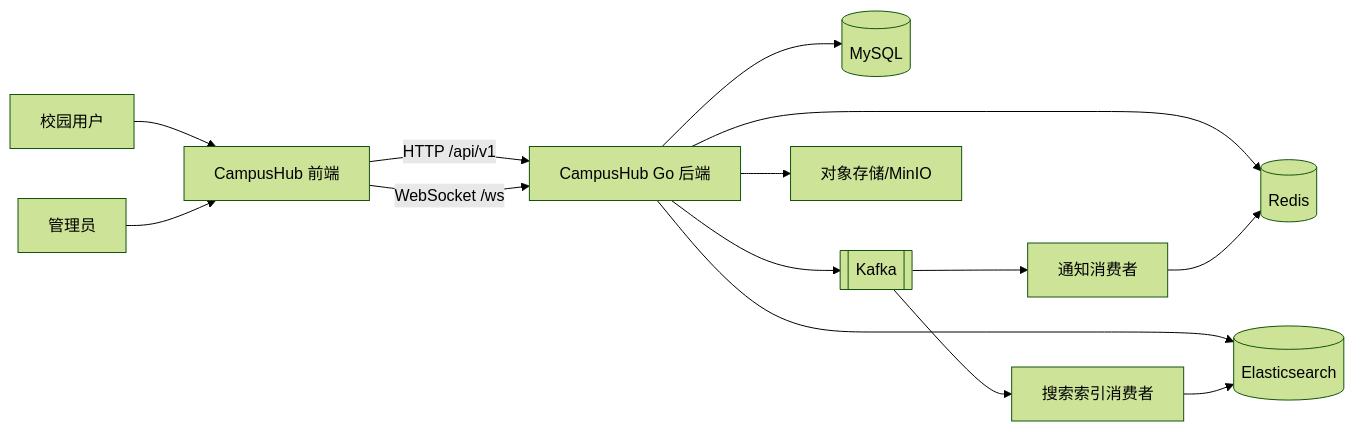
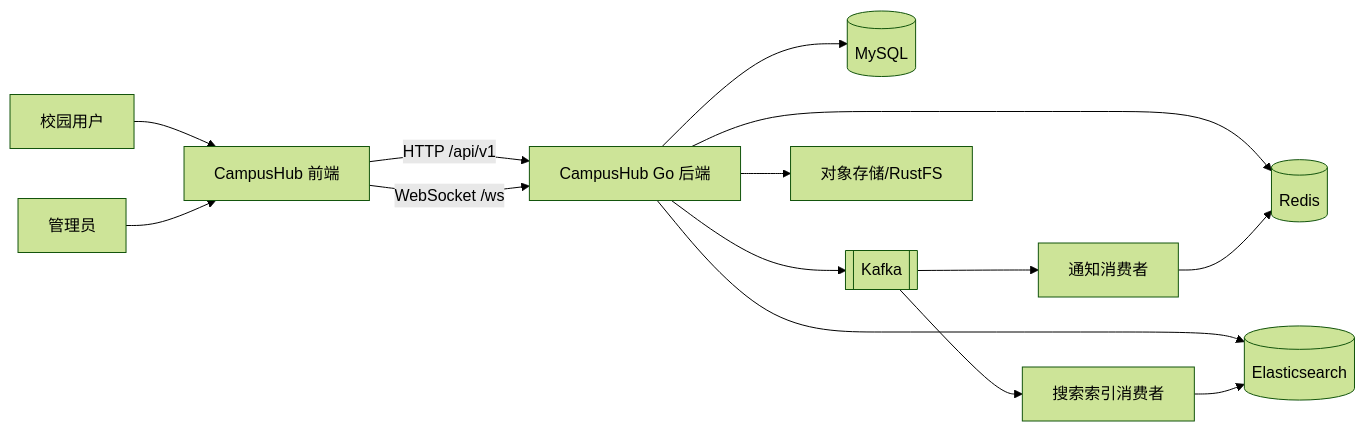
The first of 7 diagrams in docs/system_design/04-架构总览.md (wangn-tech/campus-hub), drawn with Mermaid (forest theme) before and after one commit. The commit also changed other lines of this file and 20 other files, not shown here.

First line of the commit message:
refactor(backend): replace MinIO with RustFS object storage

````diff
--- a/docs/system_design/04-架构总览.md
+++ b/docs/system_design/04-架构总览.md
@@ -44,18 +44,18 @@
 ```mermaid
 flowchart LR
     User[校园用户] --> Frontend[CampusHub 前端]
     Admin[管理员] --> Frontend
     Frontend -->|HTTP /api/v1| App[CampusHub Go 后端]
     Frontend -->|WebSocket /ws| App
 
     App --> MySQL[(MySQL)]
     App --> Redis[(Redis)]
     App --> Kafka[[Kafka]]
     App --> Elasticsearch[(Elasticsearch)]
-    App --> ObjectStorage[对象存储/MinIO]
+    App --> ObjectStorage[对象存储/RustFS]
 
     Kafka --> SearchConsumer[搜索索引消费者]
     SearchConsumer --> Elasticsearch
     Kafka --> NotificationConsumer[通知消费者]
     NotificationConsumer --> Redis
 ```
````
